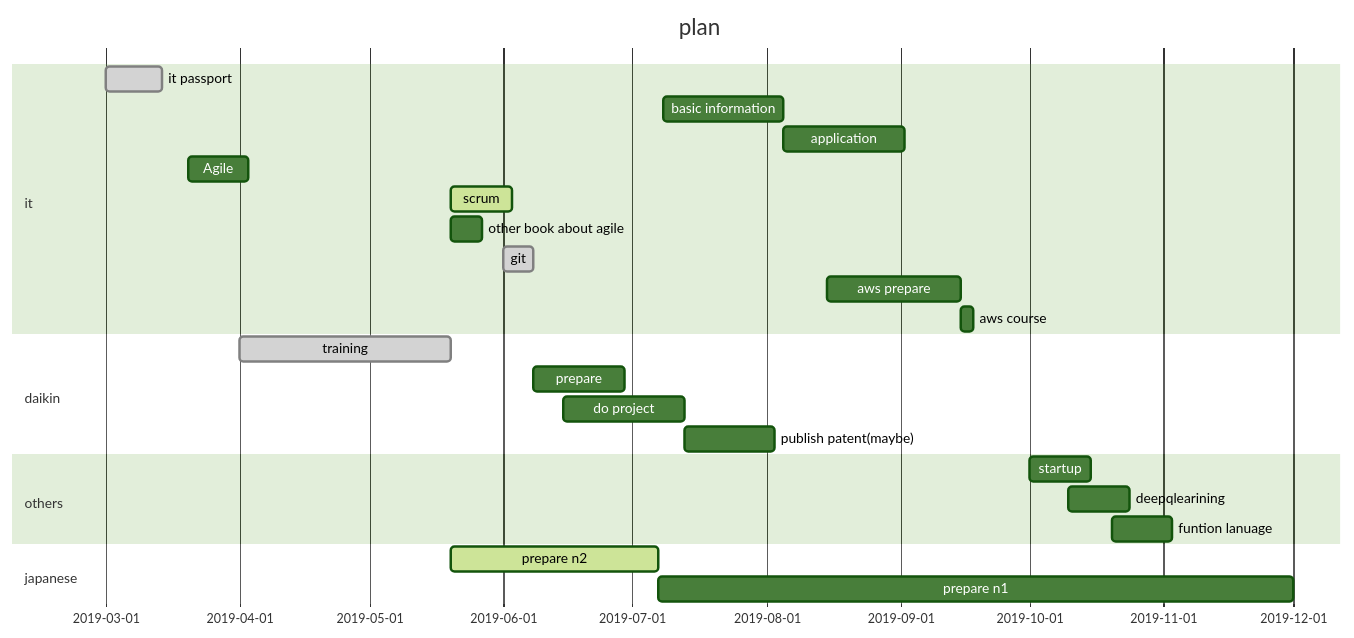
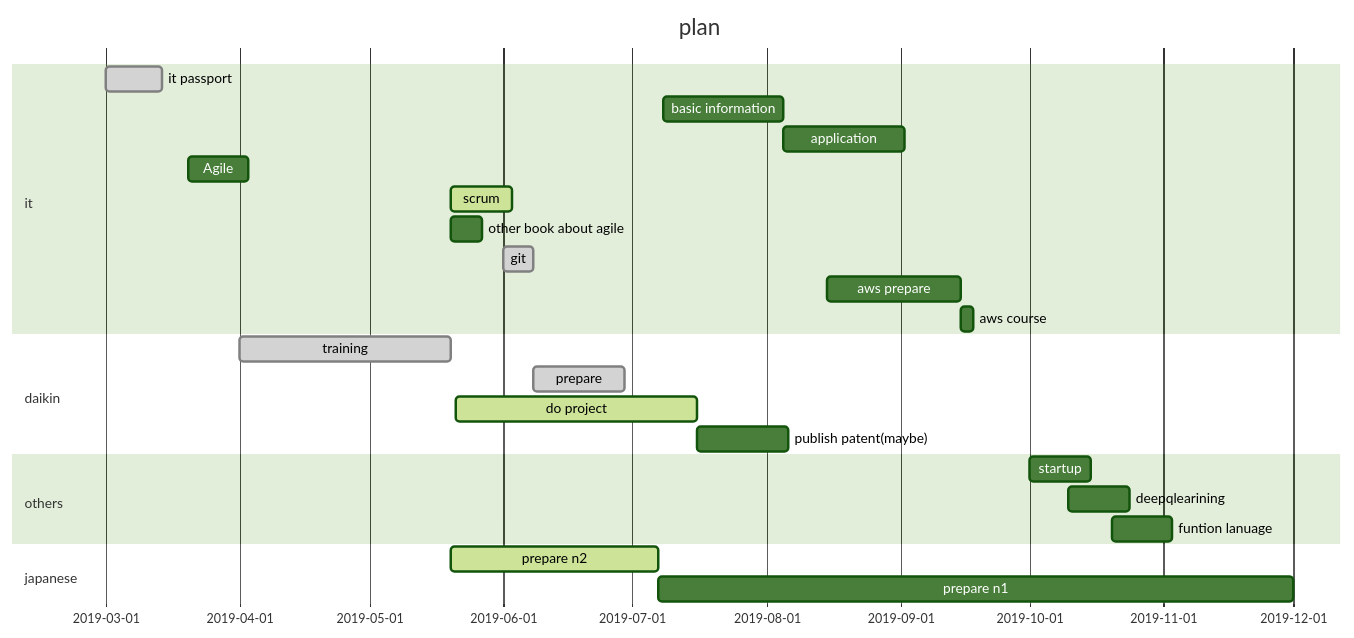
One commit to dragonjor/date changed the diagram in schedule.md. Above: the diagram before and after it, drawn with Mermaid (forest theme).

````diff
--- a/schedule.md
+++ b/schedule.md
@@ -1,32 +1,32 @@
 ```mermaid
 gantt
        dateFormat  MM-DD
        title plan
 
        section it
        it passport           :done,    des1,    03-01,03-14
        basic information     :         des2,     07-08, 4w
        application           :         des3,after des2, 4w
        Agile                 :         des5,     03-20, 2w
        scrum                 :active,  des6,after des4, 2w
        other book about agile:        des18,after des4, 1w
        git                   :done,   des20,     06-01, 1w
        aws  prepare          :         des8,   08-15, 09-15
        aws course            :         des9,     09-15, 3d
 
        section daikin
        training              :done,      des4, 04-01,05-20
-       prepare               :        des10,after des20, 3w
-       do project            :         des11, 06-15    , 4w
-       publish patent(maybe) :         des12,after des11,3w
+       prepare               :done,   des10,after des20, 3w
+       do project            :active,   des11, 05-21,    8w
+       publish patent(maybe) :          des12,after des11,3w
 
        section others
-       startup               :         des15,10-01,    2w
-	   deepqlearining        :               10-10,    2w
-	   funtion lanuage       :               10-20,    2w
+       startup               :          des15,10-01,    2w
+	     deepqlearining        :                10-10,    2w
+	     funtion lanuage       :                10-20,    2w
 
 
        section japanese
        prepare n2            :active,  des7,after des4,07-07
        prepare n1            :              after des7,12-01
 ```
````
